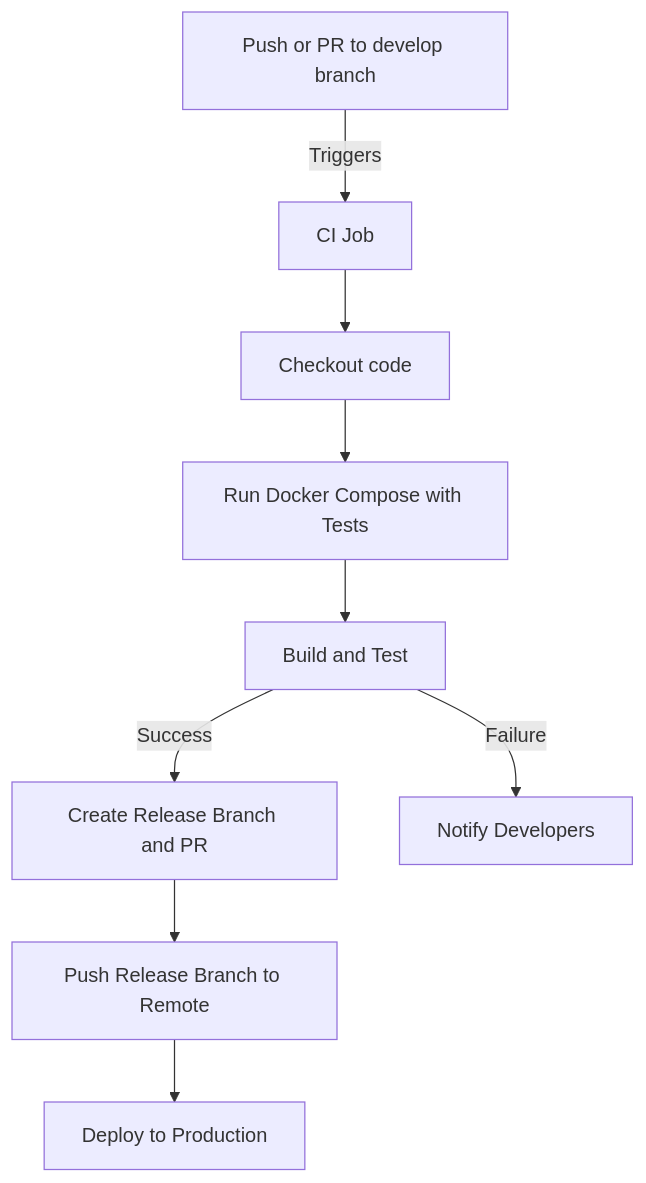
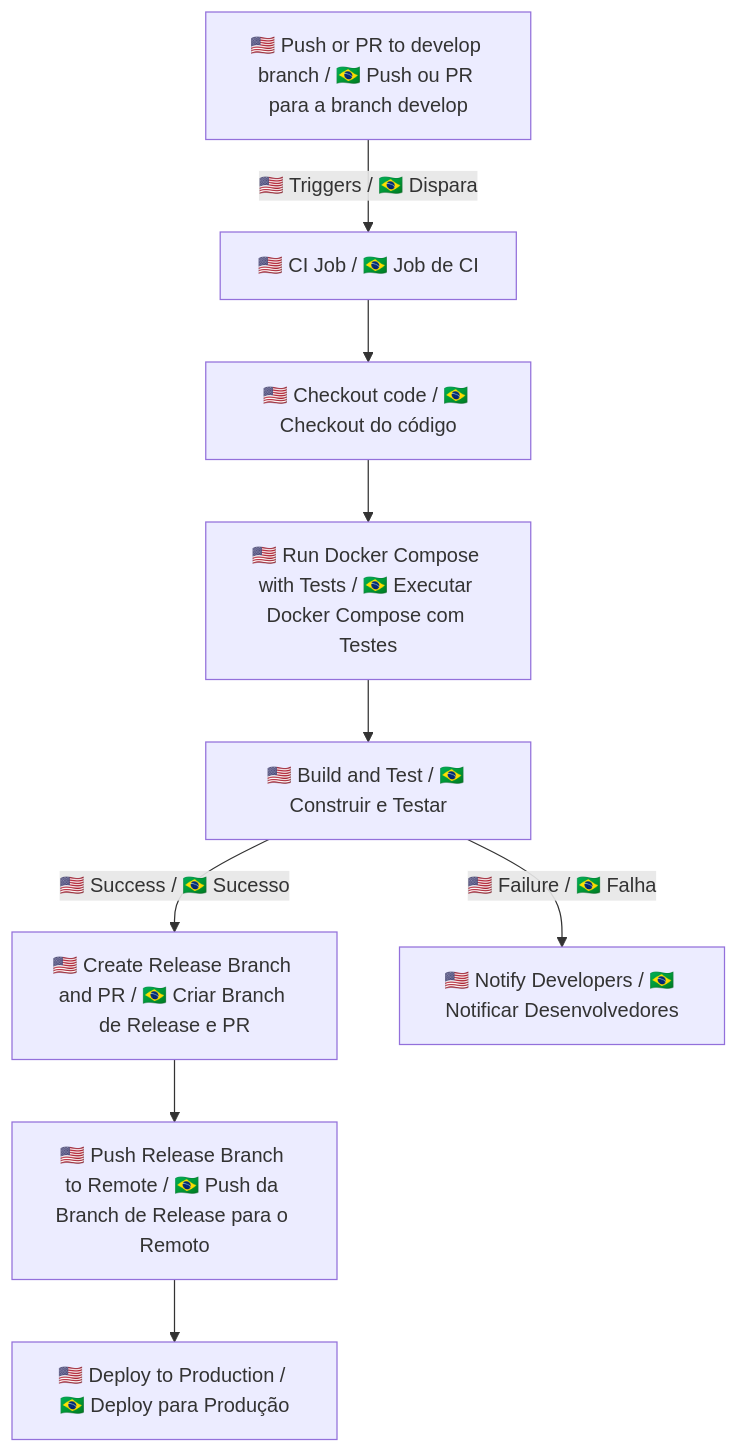
Before and after one commit to mayconlemosCloud/node-api: the first of 2 diagrams in README.md, drawn with Mermaid. The commit also changed other lines of this file, not shown here.

````diff
--- a/README.md
+++ b/README.md
@@ -105,11 +124,11 @@
 ```mermaid
 graph TD
-    A[Push or PR to develop branch] -->|Triggers| B[CI Job]
-    B --> C[Checkout code]
-    C --> D[Run Docker Compose with Tests]
-    D --> E[Build and Test]
-    E -->|Success| F[Create Release Branch and PR]
-    E -->|Failure| H[Notify Developers]
-    F --> G[Push Release Branch to Remote]
-    G --> I[Deploy to Production]
+    A[🇺🇸 Push or PR to develop branch / 🇧🇷 Push ou PR para a branch develop] -->|🇺🇸 Triggers / 🇧🇷 Dispara| B[🇺🇸 CI Job / 🇧🇷 Job de CI]
+    B --> C[🇺🇸 Checkout code / 🇧🇷 Checkout do código]
+    C --> D[🇺🇸 Run Docker Compose with Tests / 🇧🇷 Executar Docker Compose com Testes]
+    D --> E[🇺🇸 Build and Test / 🇧🇷 Construir e Testar]
+    E -->|🇺🇸 Success / 🇧🇷 Sucesso| F[🇺🇸 Create Release Branch and PR / 🇧🇷 Criar Branch de Release e PR]
+    E -->|🇺🇸 Failure / 🇧🇷 Falha| H[🇺🇸 Notify Developers / 🇧🇷 Notificar Desenvolvedores]
+    F --> G[🇺🇸 Push Release Branch to Remote / 🇧🇷 Push da Branch de Release para o Remoto]
+    G --> I[🇺🇸 Deploy to Production / 🇧🇷 Deploy para Produção]
 ```
````
